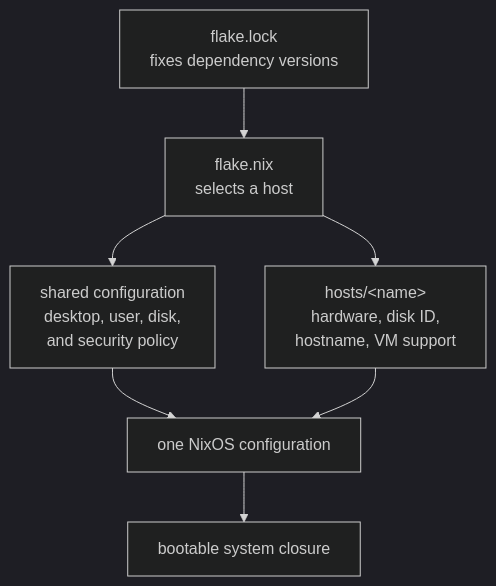
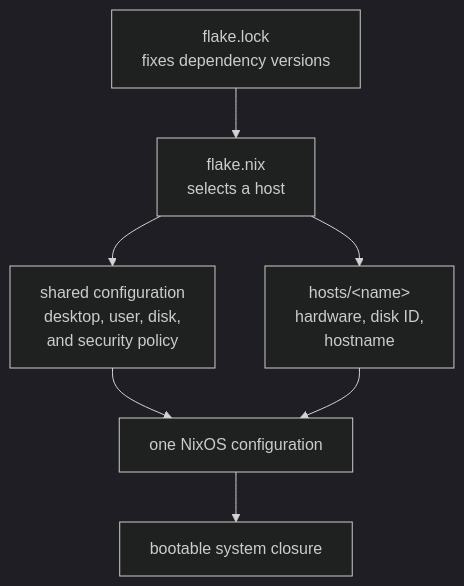
Before and after one commit to igorcamilo/dotfiles: the first of 2 diagrams in docs/architecture.md, drawn with Mermaid (dark theme). The commit also changed other lines of this file and 17 other files, not shown here.

````diff
--- a/docs/architecture.md
+++ b/docs/architecture.md
@@ -14,9 +14,9 @@
 ```mermaid
 flowchart TD
     lock["flake.lock<br/>fixes dependency versions"] --> flake["flake.nix<br/>selects a host"]
     flake --> shared["shared configuration<br/>desktop, user, disk,<br/>and security policy"]
-    flake --> host["hosts/&lt;name&gt;<br/>hardware, disk ID,<br/>hostname, VM support"]
+    flake --> host["hosts/&lt;name&gt;<br/>hardware, disk ID,<br/>hostname"]
     shared --> merged["one NixOS configuration"]
     host --> merged
     merged --> closure["bootable system closure"]
 ```
````
